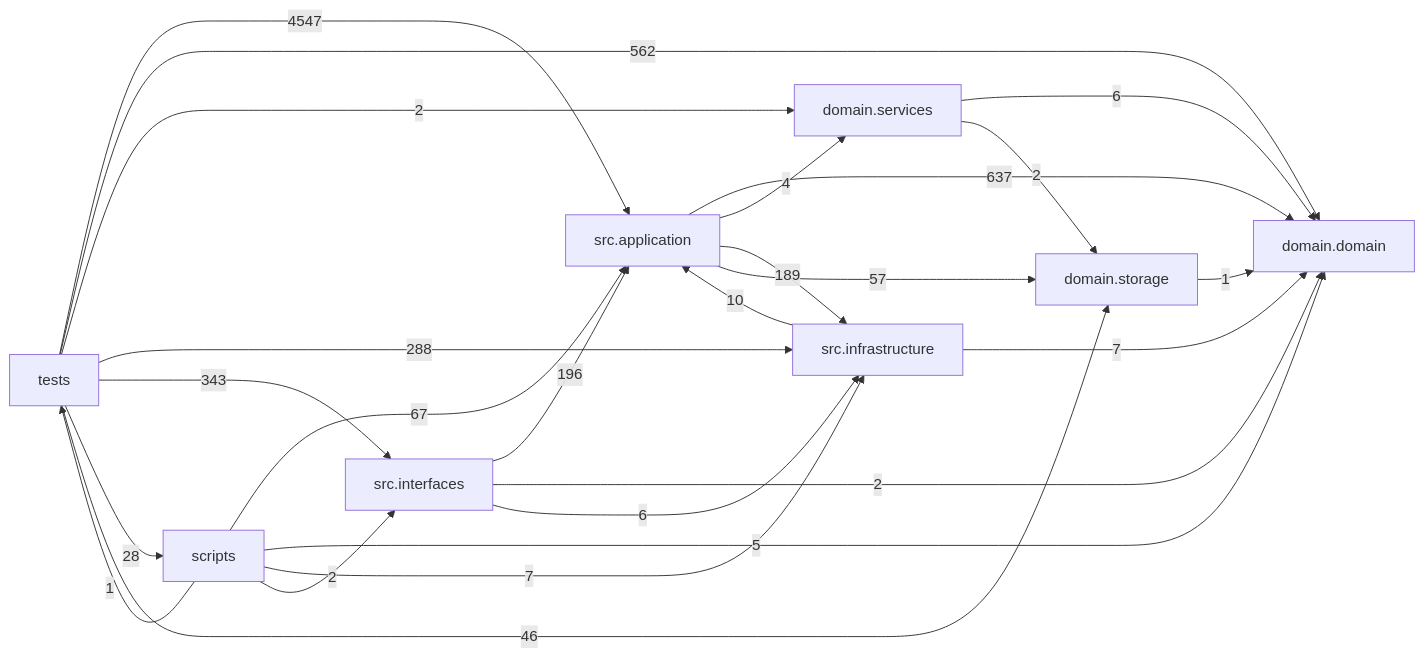
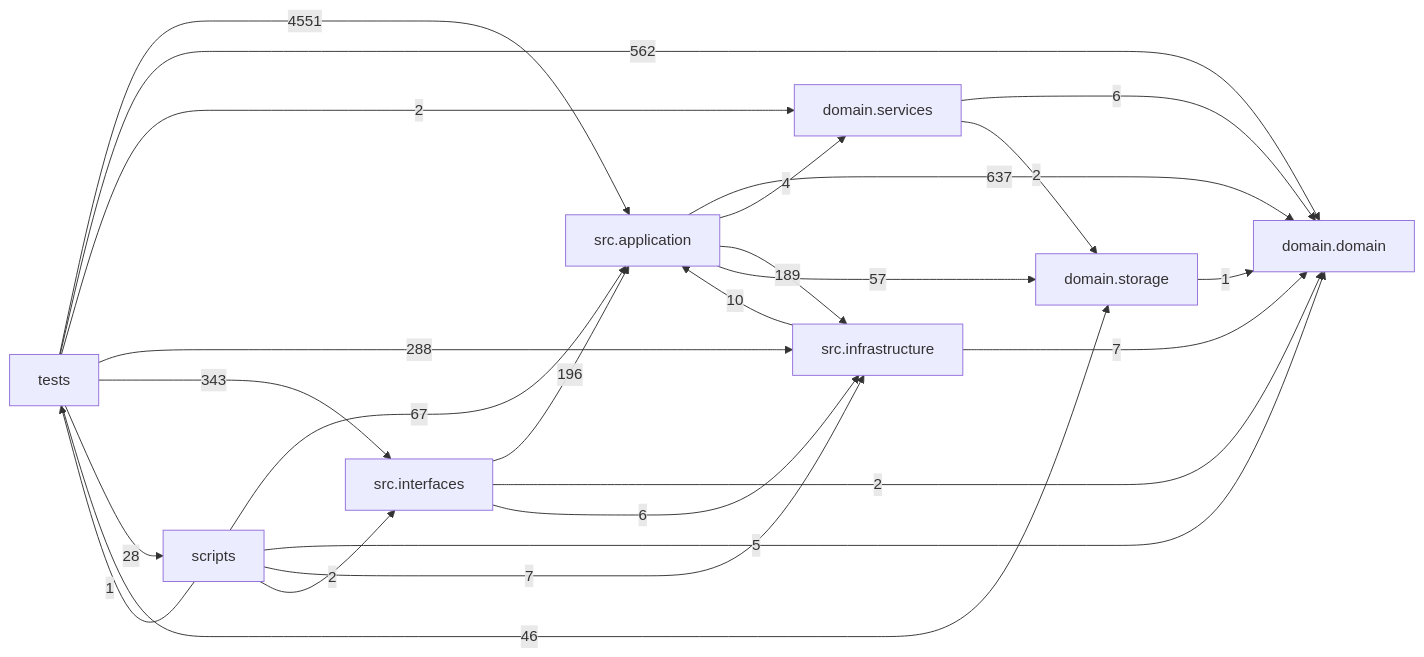
One commit to liuxie066/options-monitor changed the diagram in docs/DEPENDENCY_GRAPH.md. Above: the diagram before and after it, drawn with Mermaid. The commit also changed other lines of this file and 6 other files, not shown here.

````diff
--- a/docs/DEPENDENCY_GRAPH.md
+++ b/docs/DEPENDENCY_GRAPH.md
@@ -24,35 +24,35 @@
 ```mermaid
 flowchart LR
   tests["tests"]
   scripts["scripts"]
   interfaces["src.interfaces"]
   application["src.application"]
   infrastructure["src.infrastructure"]
   domain_services["domain.services"]
   domain["domain.domain"]
   storage["domain.storage"]
   application -->|637| domain
   application -->|4| domain_services
   application -->|189| infrastructure
   application -->|57| storage
   domain_services -->|6| domain
   domain_services -->|2| storage
   infrastructure -->|10| application
   infrastructure -->|7| domain
   interfaces -->|196| application
   interfaces -->|2| domain
   interfaces -->|6| infrastructure
   scripts -->|67| application
   scripts -->|5| domain
   scripts -->|7| infrastructure
   scripts -->|2| interfaces
   scripts -->|1| tests
   storage -->|1| domain
-  tests -->|4547| application
+  tests -->|4551| application
   tests -->|562| domain
   tests -->|2| domain_services
   tests -->|288| infrastructure
   tests -->|343| interfaces
   tests -->|28| scripts
   tests -->|46| storage
 ```
````
